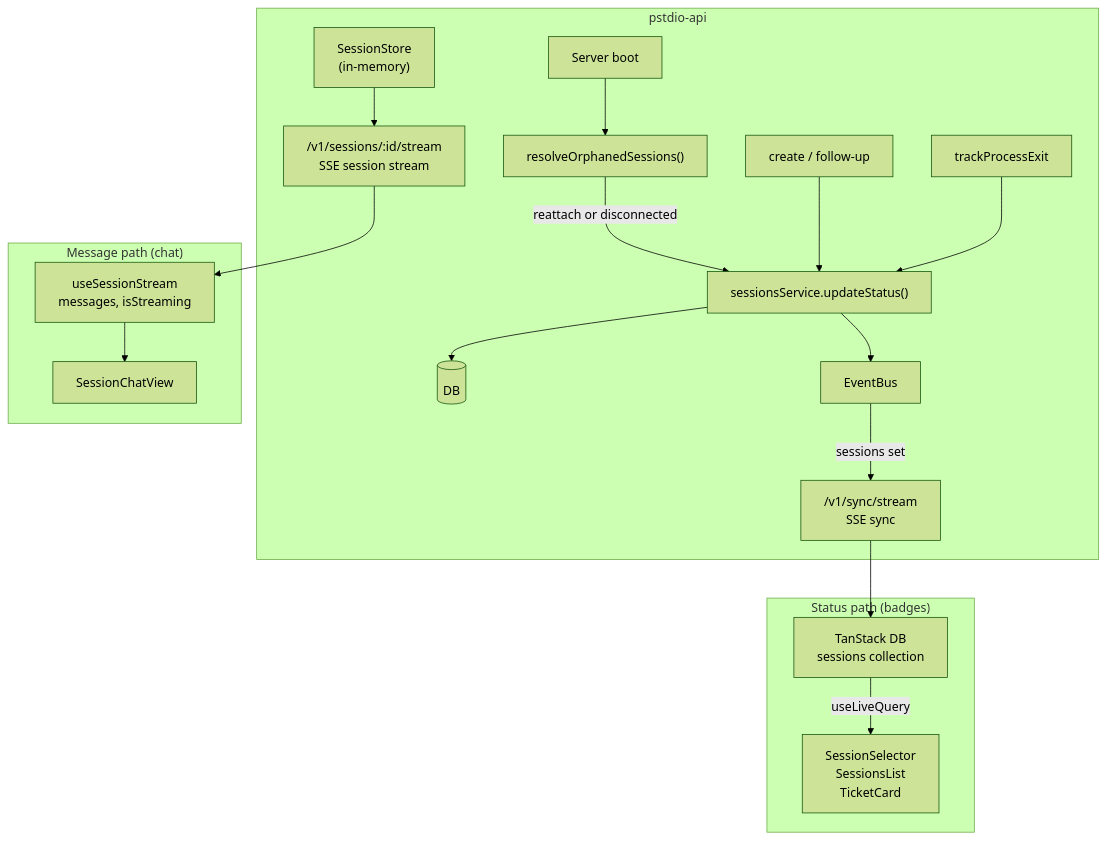
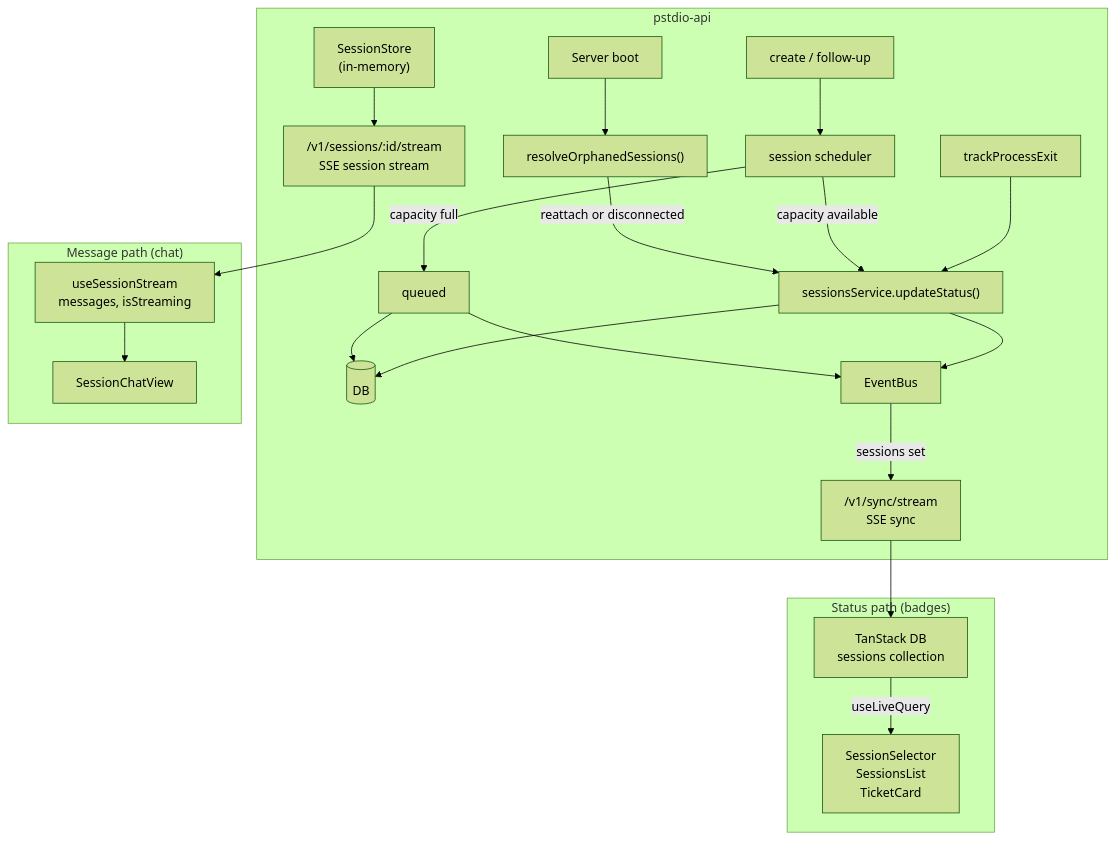
The diagram in .pstdio/docs/architecture/session-status-lifecycle.md (jenshorn/prompt-studio), drawn with Mermaid (forest theme) before and after one commit. The commit also changed other lines of this file and 107 other files, not shown here.

````diff
--- a/.pstdio/docs/architecture/session-status-lifecycle.md
+++ b/.pstdio/docs/architecture/session-status-lifecycle.md
@@ -7,24 +7,28 @@
 ```mermaid
 graph TD
     subgraph "pstdio-api"
         BOOT["Server boot"] --> SWEEP["resolveOrphanedSessions()"]
         SWEEP -- "reattach or disconnected" --> UPDATE
-        CREATE["create / follow-up"] --> UPDATE["sessionsService.updateStatus()"]
+        CREATE["create / follow-up"] --> SCHEDULER["session scheduler"]
+        SCHEDULER -- "capacity full" --> QUEUED["queued"]
+        SCHEDULER -- "capacity available" --> UPDATE["sessionsService.updateStatus()"]
+        QUEUED --> DB
+        QUEUED --> BUS
         EXIT["trackProcessExit"] --> UPDATE
         UPDATE --> DB[(DB)]
         UPDATE --> BUS["EventBus"]
         BUS -- "sessions set" --> SSE_SYNC
         STORE["SessionStore\n(in-memory)"] --> STREAM_SSE
     end
 
     subgraph "Status path (badges)"
         SSE_SYNC["/v1/sync/stream\nSSE sync"] --> TANSTACK["TanStack DB\nsessions collection"]
         TANSTACK -- "useLiveQuery" --> BADGES["SessionSelector\nSessionsList\nTicketCard"]
     end
 
     subgraph "Message path (chat)"
         STREAM_SSE["/v1/sessions/:id/stream\nSSE session stream"] --> HOOK["useSessionStream\nmessages, isStreaming"]
         HOOK --> CHAT["SessionChatView"]
     end
 
 ```
````
